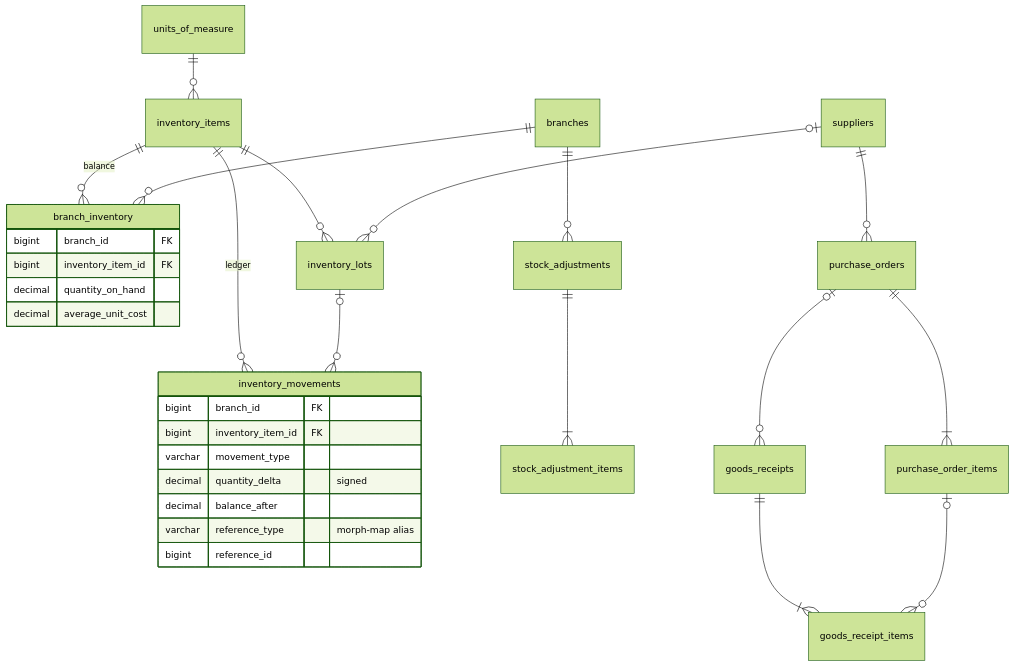
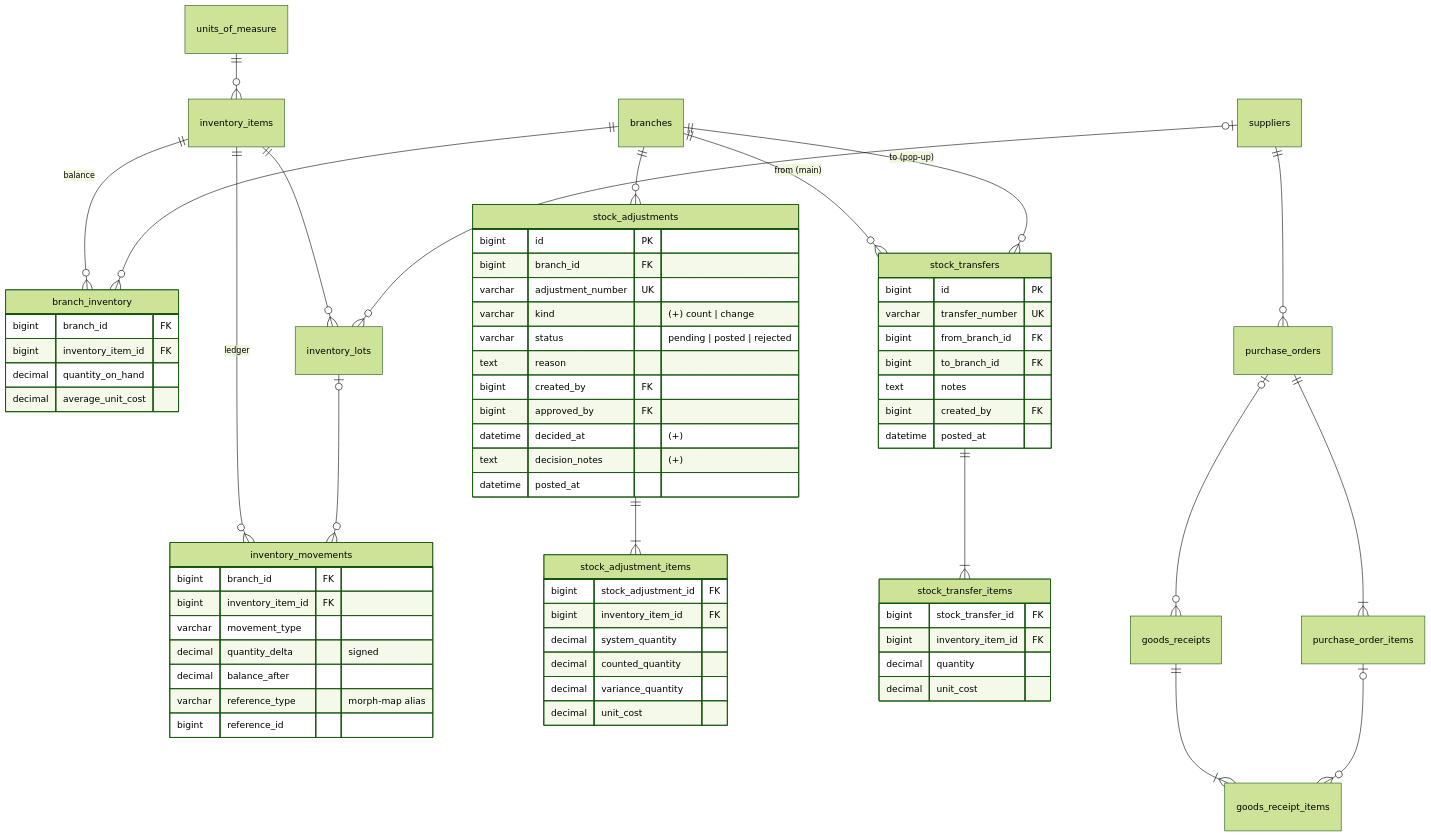
Before and after one commit to eichebiem/brevon-pos: the fifth of 6 diagrams in docs/ERD.md, drawn with Mermaid (forest theme). The commit also changed other lines of this file and 39 other files, not shown here.

````diff
--- a/docs/ERD.md
+++ b/docs/ERD.md
@@ -194,29 +194,60 @@
 ```mermaid
 erDiagram
     units_of_measure ||--o{ inventory_items : ""
     inventory_items ||--o{ branch_inventory : balance
     branches ||--o{ branch_inventory : ""
     inventory_items ||--o{ inventory_lots : ""
     suppliers |o--o{ inventory_lots : ""
     inventory_items ||--o{ inventory_movements : ledger
     inventory_lots |o--o{ inventory_movements : ""
     branches ||--o{ stock_adjustments : ""
     stock_adjustments ||--|{ stock_adjustment_items : ""
+    branches ||--o{ stock_transfers : "from (main)"
+    branches ||--o{ stock_transfers : "to (pop-up)"
+    stock_transfers ||--|{ stock_transfer_items : ""
     suppliers ||--o{ purchase_orders : ""
     purchase_orders ||--|{ purchase_order_items : ""
     purchase_orders |o--o{ goods_receipts : ""
     goods_receipts ||--|{ goods_receipt_items : ""
     purchase_order_items |o--o{ goods_receipt_items : ""
 
     branch_inventory { bigint branch_id FK
       bigint inventory_item_id FK
       decimal quantity_on_hand
       decimal average_unit_cost }
     inventory_movements { bigint branch_id FK
       bigint inventory_item_id FK
       varchar movement_type
       decimal quantity_delta "signed"
       decimal balance_after
       varchar reference_type "morph-map alias"
       bigint reference_id }
+    stock_adjustments { bigint id PK
+      bigint branch_id FK
+      varchar adjustment_number UK
+      varchar kind "(+) count | change"
+      varchar status "pending | posted | rejected"
+      text reason
+      bigint created_by FK
+      bigint approved_by FK
+      datetime decided_at "(+)"
+      text decision_notes "(+)"
+      datetime posted_at }
+    stock_adjustment_items { bigint stock_adjustment_id FK
+      bigint inventory_item_id FK
+      decimal system_quantity
+      decimal counted_quantity
+      decimal variance_quantity
+      decimal unit_cost }
+    stock_transfers { bigint id PK
+      varchar transfer_number UK
+      bigint from_branch_id FK
+      bigint to_branch_id FK
+      text notes
+      bigint created_by FK
+      datetime posted_at }
+    stock_transfer_items { bigint stock_transfer_id FK
+      bigint inventory_item_id FK
+      decimal quantity
+      decimal unit_cost }
 ```
````
